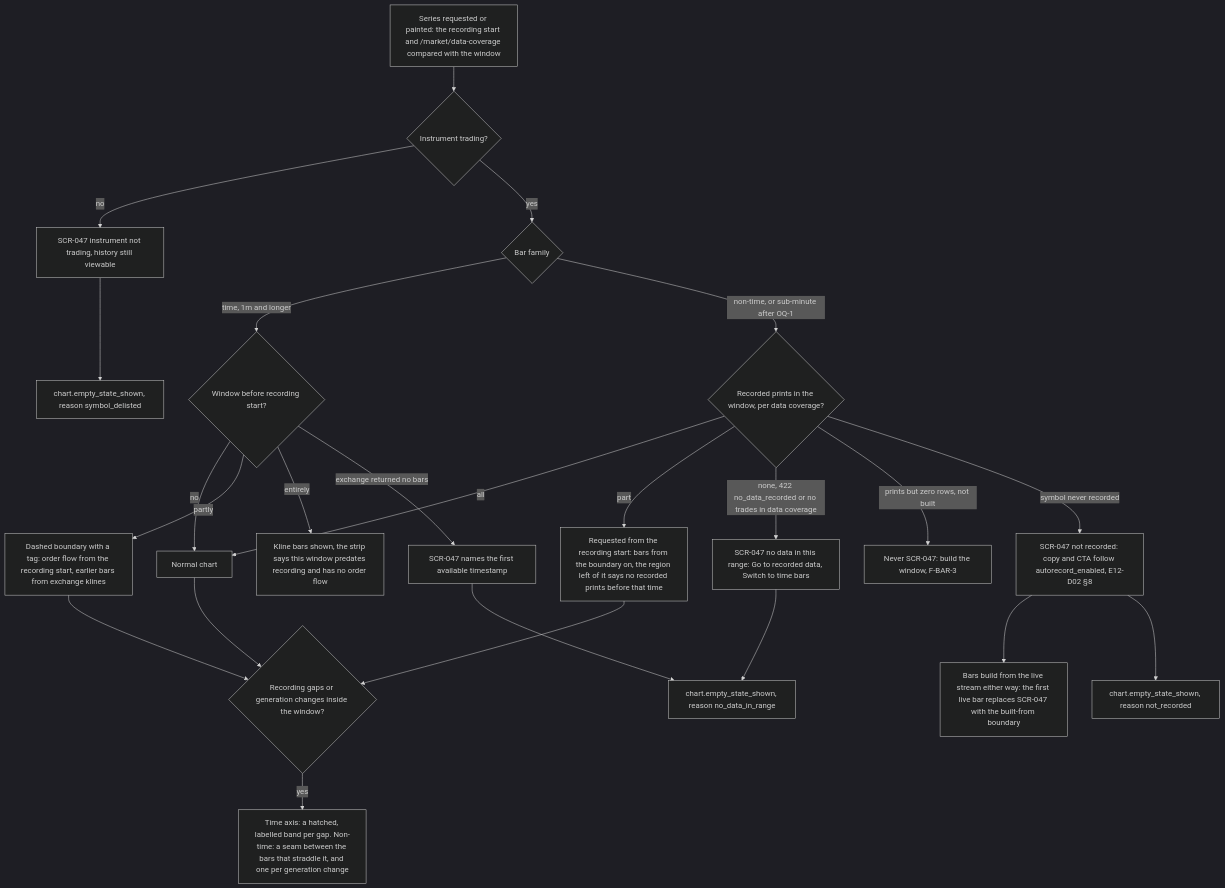
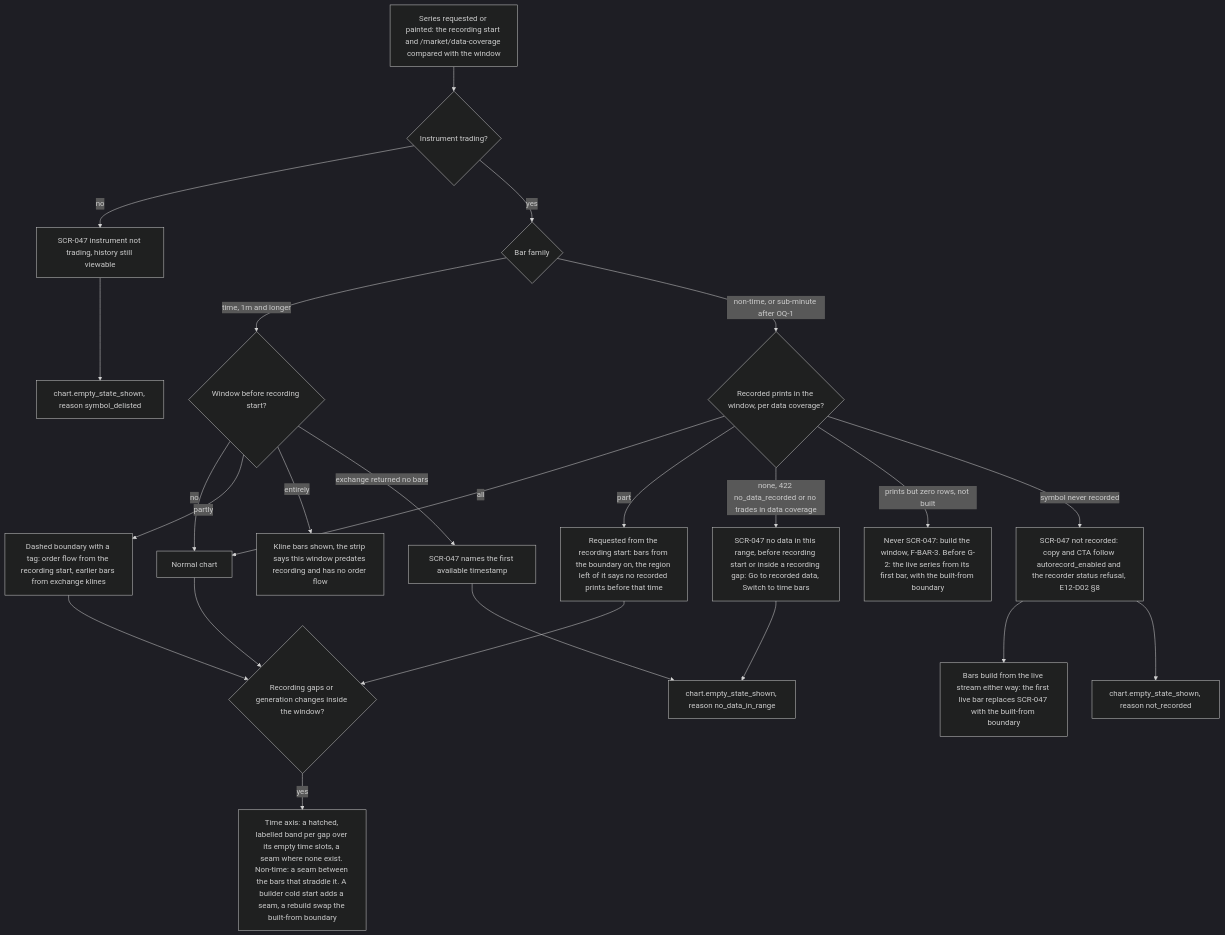
Diagram 30 of 30 in docs/plan/13-user-flows.md (CandleViewer/CandleViewer), drawn with Mermaid (dark theme) before and after one commit. The commit also changed other lines of this file and 1 other file, not shown here.

First line of the commit message:
docs(chart-engine): fold the round-2 review into the F-BAR flows and SCR-030 matrix

````diff
--- a/docs/plan/13-user-flows.md
+++ b/docs/plan/13-user-flows.md
@@ -876,26 +881,26 @@
 ```mermaid
 flowchart TD
   A5["Series requested or painted: the recording start and /market/data-coverage compared with the window"] --> Z5{"Instrument trading?"}
   Z5 -->|no| L5["SCR-047 instrument not trading, history still viewable"]
   Z5 -->|yes| B5{"Bar family"}
   B5 -->|time, 1m and longer| C5{"Window before recording start?"}
   C5 -->|no| D5["Normal chart"]
   C5 -->|partly| E5["Dashed boundary with a tag: order flow from the recording start, earlier bars from exchange klines"]
   C5 -->|entirely| F5["Kline bars shown, the strip says this window predates recording and has no order flow"]
   C5 -->|exchange returned no bars| M5["SCR-047 names the first available timestamp"]
   B5 -->|non-time, or sub-minute after OQ-1| G5{"Recorded prints in the window, per data coverage?"}
   G5 -->|all| D5
   G5 -->|part| H5["Requested from the recording start: bars from the boundary on, the region left of it says no recorded prints before that time"]
-  G5 -->|none, 422 no_data_recorded or no trades in data coverage| I5["SCR-047 no data in this range: Go to recorded data, Switch to time bars"]
-  G5 -->|prints but zero rows, not built| Q5["Never SCR-047: build the window, F-BAR-3"]
-  G5 -->|symbol never recorded| J5["SCR-047 not recorded: copy and CTA follow autorecord_enabled, E12-D02 §8"]
+  G5 -->|none, 422 no_data_recorded or no trades in data coverage| I5["SCR-047 no data in this range, before recording start or inside a recording gap: Go to recorded data, Switch to time bars"]
+  G5 -->|prints but zero rows, not built| Q5["Never SCR-047: build the window, F-BAR-3. Before G-2: the live series from its first bar, with the built-from boundary"]
+  G5 -->|symbol never recorded| J5["SCR-047 not recorded: copy and CTA follow autorecord_enabled and the recorder status refusal, E12-D02 §8"]
   J5 --> K5["Bars build from the live stream either way: the first live bar replaces SCR-047 with the built-from boundary"]
   D5 --> R5{"Recording gaps or generation changes inside the window?"}
   E5 --> R5
   H5 --> R5
-  R5 -->|yes| S5["Time axis: a hatched, labelled band per gap. Non-time: a seam between the bars that straddle it, and one per generation change"]
+  R5 -->|yes| S5["Time axis: a hatched, labelled band per gap over its empty time slots, a seam where none exist. Non-time: a seam between the bars that straddle it. A builder cold start adds a seam, a rebuild swap the built-from boundary"]
   I5 --> N5["chart.empty_state_shown, reason no_data_in_range"]
   M5 --> N5
   J5 --> O5["chart.empty_state_shown, reason not_recorded"]
   L5 --> P5["chart.empty_state_shown, reason symbol_delisted"]
 ```
````
